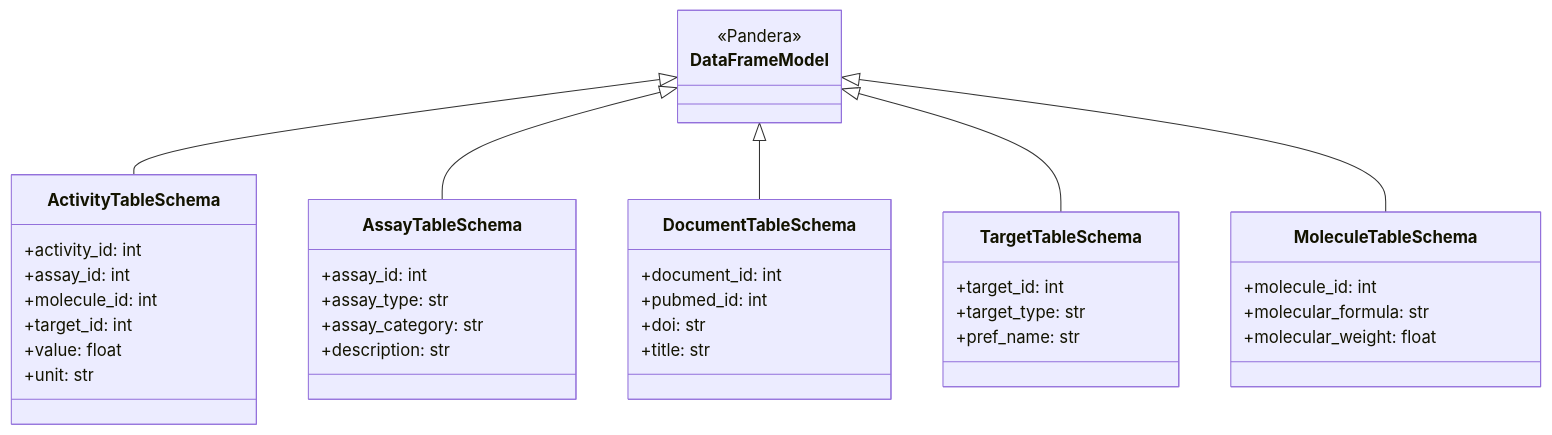
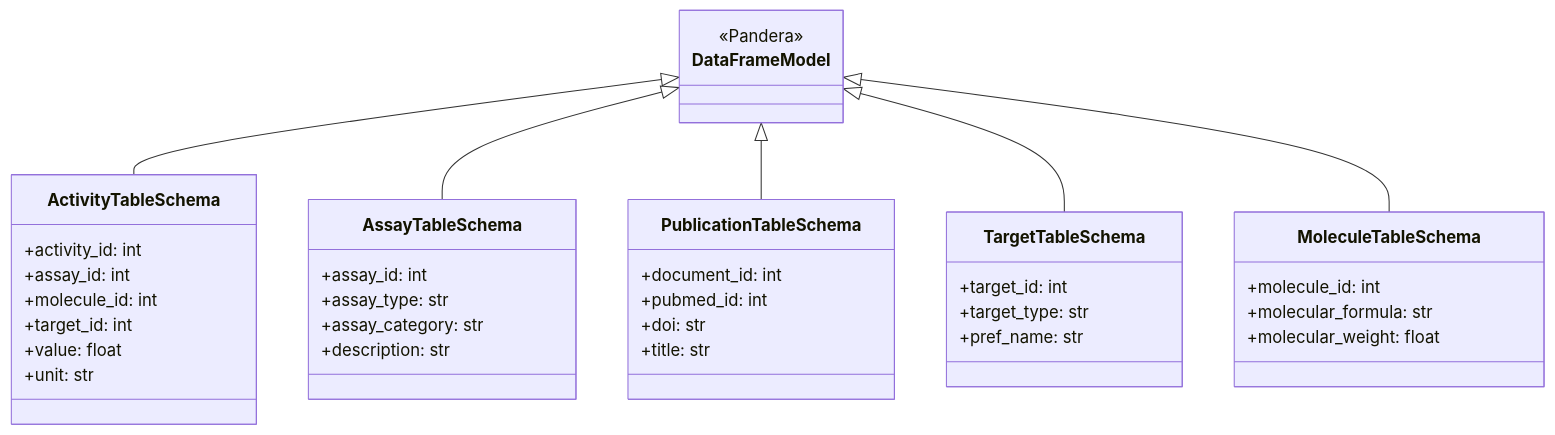
One commit to SatoryKono/BioactivityDataAcquisition changed the fifth of 10 diagrams in docs/architecture/14-class-diagrams-domain.md. Above: the diagram before and after it, drawn with Mermaid. The commit also changed 50 other files, not shown here.

Commit message:
Переименование Document в Publication

````diff
--- a/docs/architecture/14-class-diagrams-domain.md
+++ b/docs/architecture/14-class-diagrams-domain.md
@@ -177,50 +177,50 @@
 ```mermaid
 ---
 id: 023d3963-24e3-4381-9d3b-0b2c34a5685b
 ---
 classDiagram
     class DataFrameModel {
         <<Pandera>>
     }
 
     class ActivityTableSchema {
         +activity_id: int
         +assay_id: int
         +molecule_id: int
         +target_id: int
         +value: float
         +unit: str
     }
 
     class AssayTableSchema {
         +assay_id: int
         +assay_type: str
         +assay_category: str
         +description: str
     }
 
-    class DocumentTableSchema {
+    class PublicationTableSchema {
         +document_id: int
         +pubmed_id: int
         +doi: str
         +title: str
     }
 
     class TargetTableSchema {
         +target_id: int
         +target_type: str
         +pref_name: str
     }
 
     class MoleculeTableSchema {
         +molecule_id: int
         +molecular_formula: str
         +molecular_weight: float
     }
 
     DataFrameModel <|-- ActivityTableSchema
     DataFrameModel <|-- AssayTableSchema
-    DataFrameModel <|-- DocumentTableSchema
+    DataFrameModel <|-- PublicationTableSchema
     DataFrameModel <|-- TargetTableSchema
     DataFrameModel <|-- MoleculeTableSchema
 ```
````
